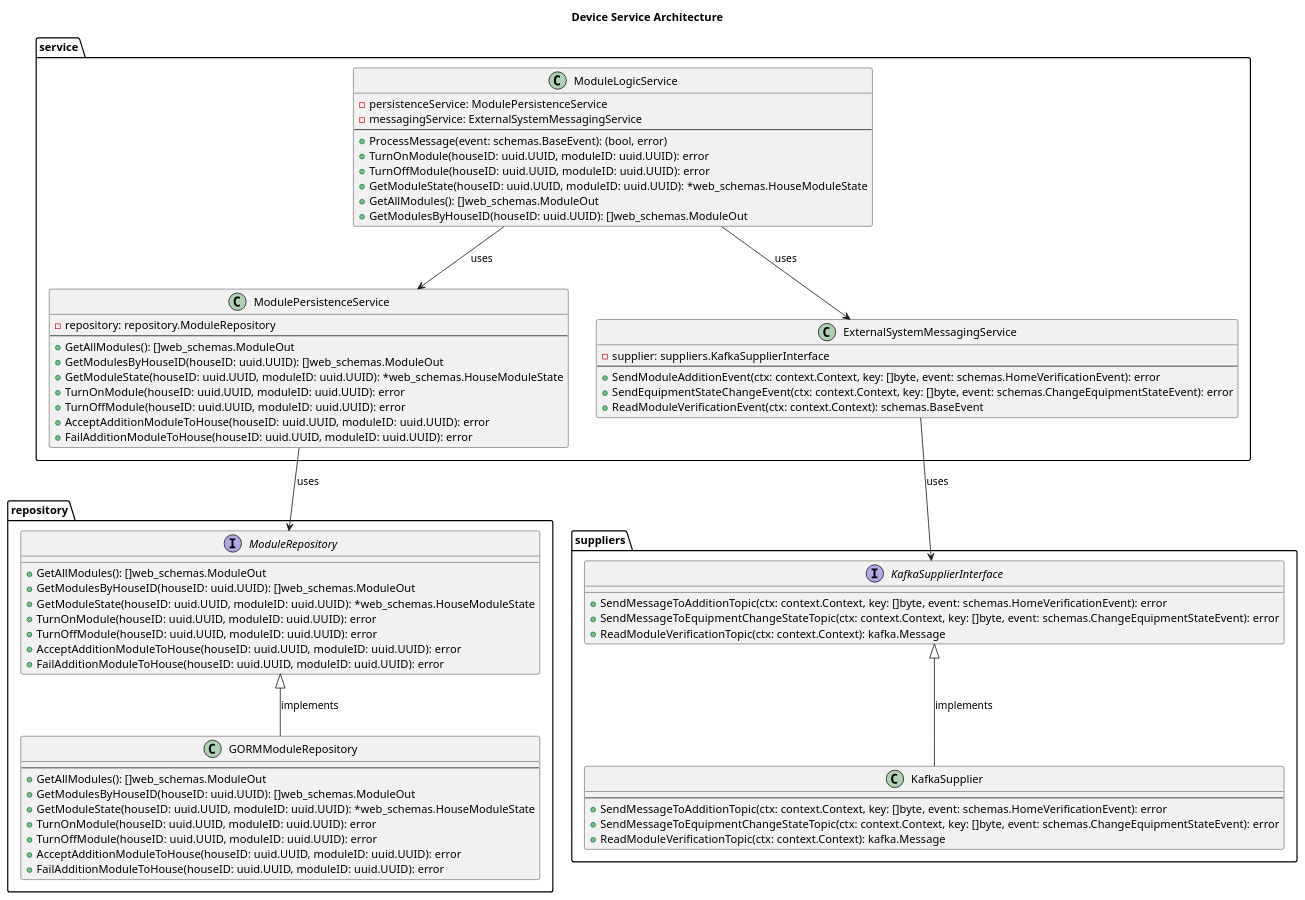
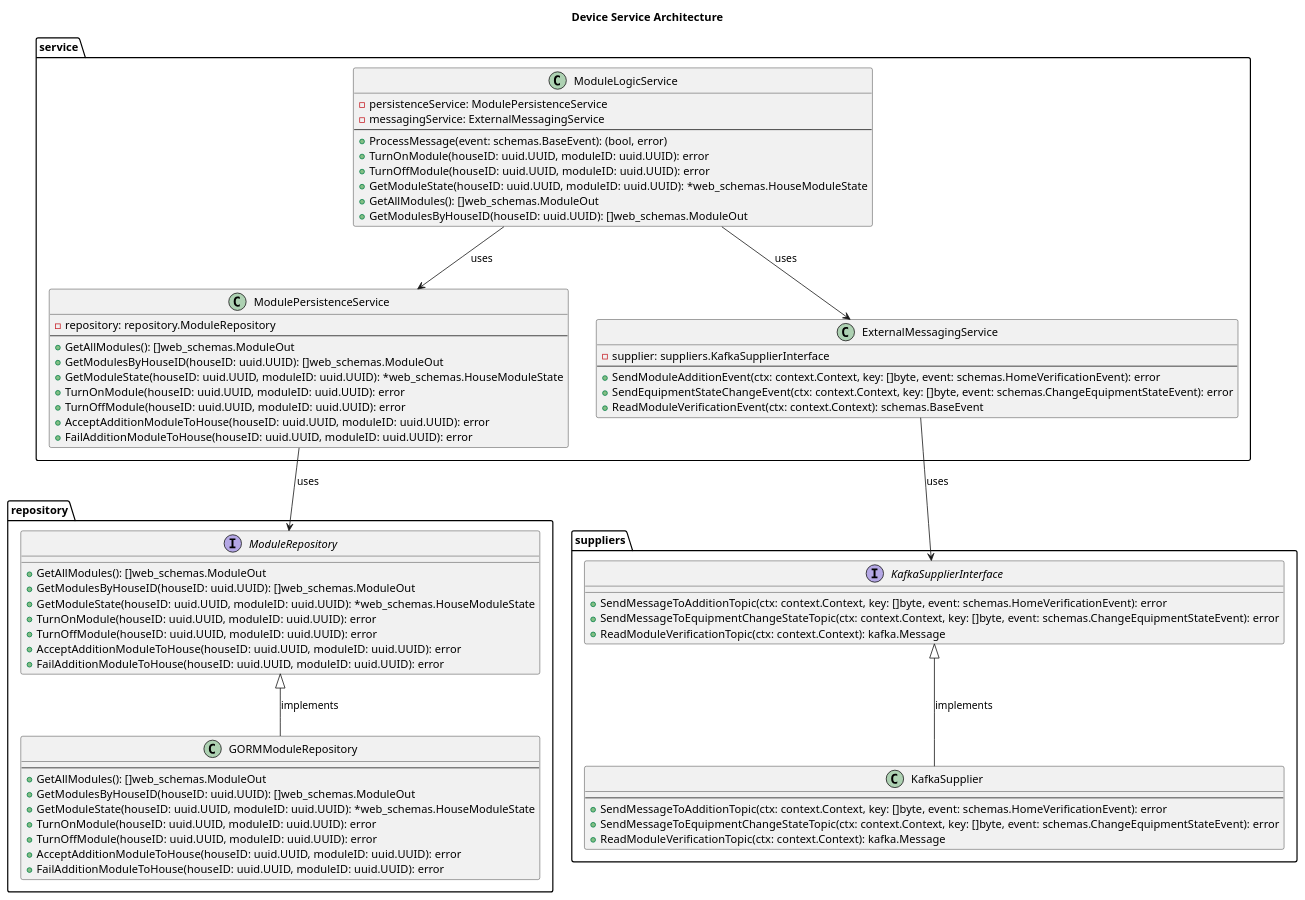
Before and after one commit to baydinvladislav/architecture-sprint-3: the diagram in device-service/Code_CleverVillageSystem_DeviceService.puml, drawn with PlantUML. The commit also changed 6 other files, not shown here.

Commit message:
change naming for ExternalMessagingService

```diff
--- a/device-service/Code_CleverVillageSystem_DeviceService.puml
+++ b/device-service/Code_CleverVillageSystem_DeviceService.puml
@@ -1,82 +1,82 @@
 @startuml
 title Device Service Architecture
 
 package "service" {
     class ModuleLogicService {
         - persistenceService: ModulePersistenceService
-        - messagingService: ExternalSystemMessagingService
+        - messagingService: ExternalMessagingService
         --
         + ProcessMessage(event: schemas.BaseEvent): (bool, error)
         + TurnOnModule(houseID: uuid.UUID, moduleID: uuid.UUID): error
         + TurnOffModule(houseID: uuid.UUID, moduleID: uuid.UUID): error
         + GetModuleState(houseID: uuid.UUID, moduleID: uuid.UUID): *web_schemas.HouseModuleState
         + GetAllModules(): []web_schemas.ModuleOut
         + GetModulesByHouseID(houseID: uuid.UUID): []web_schemas.ModuleOut
     }
 
     class ModulePersistenceService {
         - repository: repository.ModuleRepository
         --
         + GetAllModules(): []web_schemas.ModuleOut
         + GetModulesByHouseID(houseID: uuid.UUID): []web_schemas.ModuleOut
         + GetModuleState(houseID: uuid.UUID, moduleID: uuid.UUID): *web_schemas.HouseModuleState
         + TurnOnModule(houseID: uuid.UUID, moduleID: uuid.UUID): error
         + TurnOffModule(houseID: uuid.UUID, moduleID: uuid.UUID): error
         + AcceptAdditionModuleToHouse(houseID: uuid.UUID, moduleID: uuid.UUID): error
         + FailAdditionModuleToHouse(houseID: uuid.UUID, moduleID: uuid.UUID): error
     }
 
-    class ExternalSystemMessagingService {
+    class ExternalMessagingService {
         - supplier: suppliers.KafkaSupplierInterface
         --
         + SendModuleAdditionEvent(ctx: context.Context, key: []byte, event: schemas.HomeVerificationEvent): error
         + SendEquipmentStateChangeEvent(ctx: context.Context, key: []byte, event: schemas.ChangeEquipmentStateEvent): error
         + ReadModuleVerificationEvent(ctx: context.Context): schemas.BaseEvent
     }
 }
 
 package "repository" {
     interface ModuleRepository {
         + GetAllModules(): []web_schemas.ModuleOut
         + GetModulesByHouseID(houseID: uuid.UUID): []web_schemas.ModuleOut
         + GetModuleState(houseID: uuid.UUID, moduleID: uuid.UUID): *web_schemas.HouseModuleState
         + TurnOnModule(houseID: uuid.UUID, moduleID: uuid.UUID): error
         + TurnOffModule(houseID: uuid.UUID, moduleID: uuid.UUID): error
         + AcceptAdditionModuleToHouse(houseID: uuid.UUID, moduleID: uuid.UUID): error
         + FailAdditionModuleToHouse(houseID: uuid.UUID, moduleID: uuid.UUID): error
     }
 
     class GORMModuleRepository {
         --
         + GetAllModules(): []web_schemas.ModuleOut
         + GetModulesByHouseID(houseID: uuid.UUID): []web_schemas.ModuleOut
         + GetModuleState(houseID: uuid.UUID, moduleID: uuid.UUID): *web_schemas.HouseModuleState
         + TurnOnModule(houseID: uuid.UUID, moduleID: uuid.UUID): error
         + TurnOffModule(houseID: uuid.UUID, moduleID: uuid.UUID): error
         + AcceptAdditionModuleToHouse(houseID: uuid.UUID, moduleID: uuid.UUID): error
         + FailAdditionModuleToHouse(houseID: uuid.UUID, moduleID: uuid.UUID): error
     }
 }
 
 package "suppliers" {
     interface KafkaSupplierInterface {
         + SendMessageToAdditionTopic(ctx: context.Context, key: []byte, event: schemas.HomeVerificationEvent): error
         + SendMessageToEquipmentChangeStateTopic(ctx: context.Context, key: []byte, event: schemas.ChangeEquipmentStateEvent): error
         + ReadModuleVerificationTopic(ctx: context.Context): kafka.Message
     }
 
     class KafkaSupplier {
         --
         + SendMessageToAdditionTopic(ctx: context.Context, key: []byte, event: schemas.HomeVerificationEvent): error
         + SendMessageToEquipmentChangeStateTopic(ctx: context.Context, key: []byte, event: schemas.ChangeEquipmentStateEvent): error
         + ReadModuleVerificationTopic(ctx: context.Context): kafka.Message
     }
 }
 
 ModuleLogicService --> ModulePersistenceService : uses
-ModuleLogicService --> ExternalSystemMessagingService : uses
+ModuleLogicService --> ExternalMessagingService : uses
 ModulePersistenceService --> ModuleRepository : uses
 ModuleRepository <|-- GORMModuleRepository : implements
-ExternalSystemMessagingService --> KafkaSupplierInterface : uses
+ExternalMessagingService --> KafkaSupplierInterface : uses
 KafkaSupplierInterface <|-- KafkaSupplier : implements
 @enduml
```
